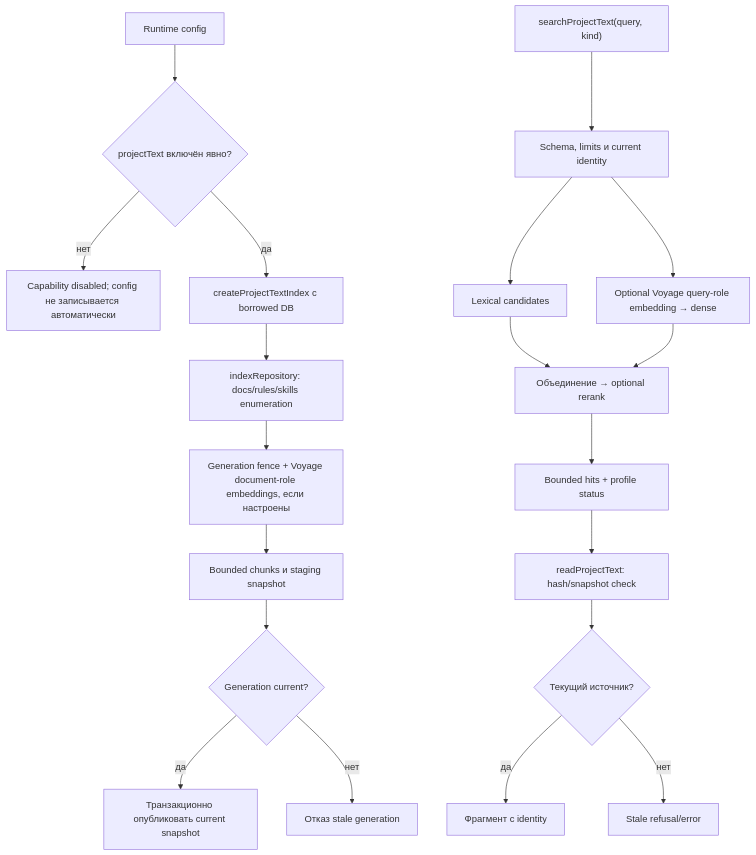
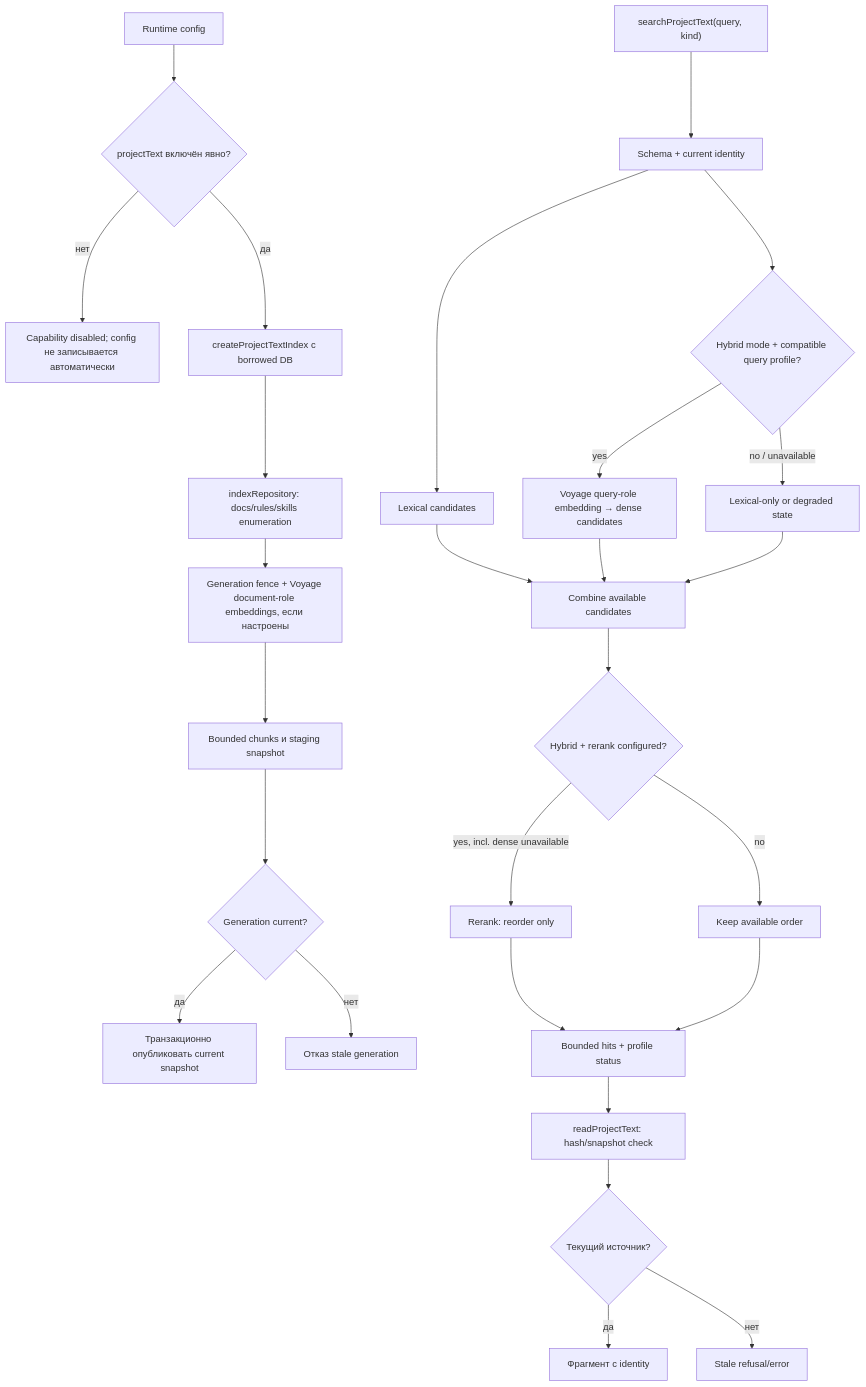
One commit to zoomplus/zorya-search changed the diagram in src/project-text/README.md. Above: the diagram before and after it, drawn with Mermaid. The commit also changed other lines of this file and 5 other files, not shown here.

Commit message:
docs: detail Jev decisions and retrieval service flows

````diff
--- a/src/project-text/README.md
+++ b/src/project-text/README.md
@@ -5,22 +5,29 @@
 ```mermaid
 flowchart TD
  A["Runtime config"] --> B{"projectText включён явно?"}
  B -->|"нет"| C["Capability disabled; config не записывается автоматически"]
  B -->|"да"| D["createProjectTextIndex с borrowed DB"]
  D --> E["indexRepository: docs/rules/skills enumeration"]
  E --> F["Generation fence + Voyage document-role embeddings, если настроены"]
  F --> G["Bounded chunks и staging snapshot"]
  G --> H{"Generation current?"}
  H -->|"да"| I["Транзакционно опубликовать current snapshot"]
  H -->|"нет"| J["Отказ stale generation"]
- K["searchProjectText(query, kind)"] --> L["Schema, limits и current identity"]
+ K["searchProjectText(query, kind)"] --> L["Schema + current identity"]
  L --> M["Lexical candidates"]
- L --> N["Optional Voyage query-role embedding → dense"]
- M --> O["Объединение → optional rerank"]
- N --> O
- O --> P["Bounded hits + profile status"]
- P --> Q["readProjectText: hash/snapshot check"]
- Q --> R{"Текущий источник?"}
- R -->|"да"| S["Фрагмент с identity"]
- R -->|"нет"| T["Stale refusal/error"]
+ L --> N{"Hybrid mode + compatible query profile?"}
+ N -->|"yes"| O["Voyage query-role embedding → dense candidates"]
+ N -->|"no / unavailable"| P["Lexical-only or degraded state"]
+ M --> Q["Combine available candidates"]
+ O --> Q
+ P --> Q
+ Q --> R{"Hybrid + rerank configured?"}
+ R -->|"yes, incl. dense unavailable"| S["Rerank: reorder only"]
+ R -->|"no"| T["Keep available order"]
+ S --> U["Bounded hits + profile status"]
+ T --> U
+ U --> V["readProjectText: hash/snapshot check"]
+ V --> W{"Текущий источник?"}
+ W -->|"да"| X["Фрагмент с identity"]
+ W -->|"нет"| Y["Stale refusal/error"]
 ```
````
